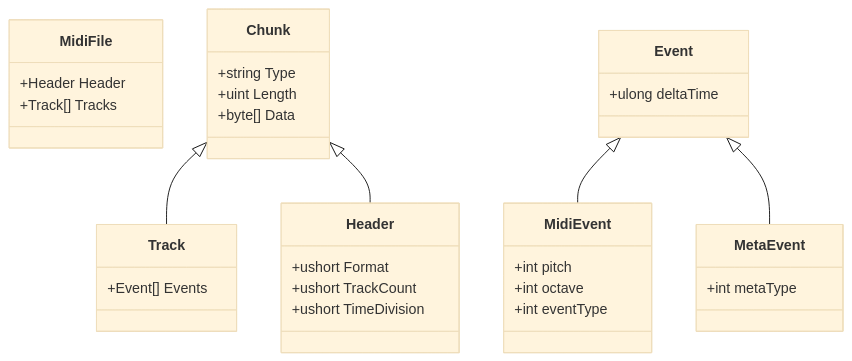
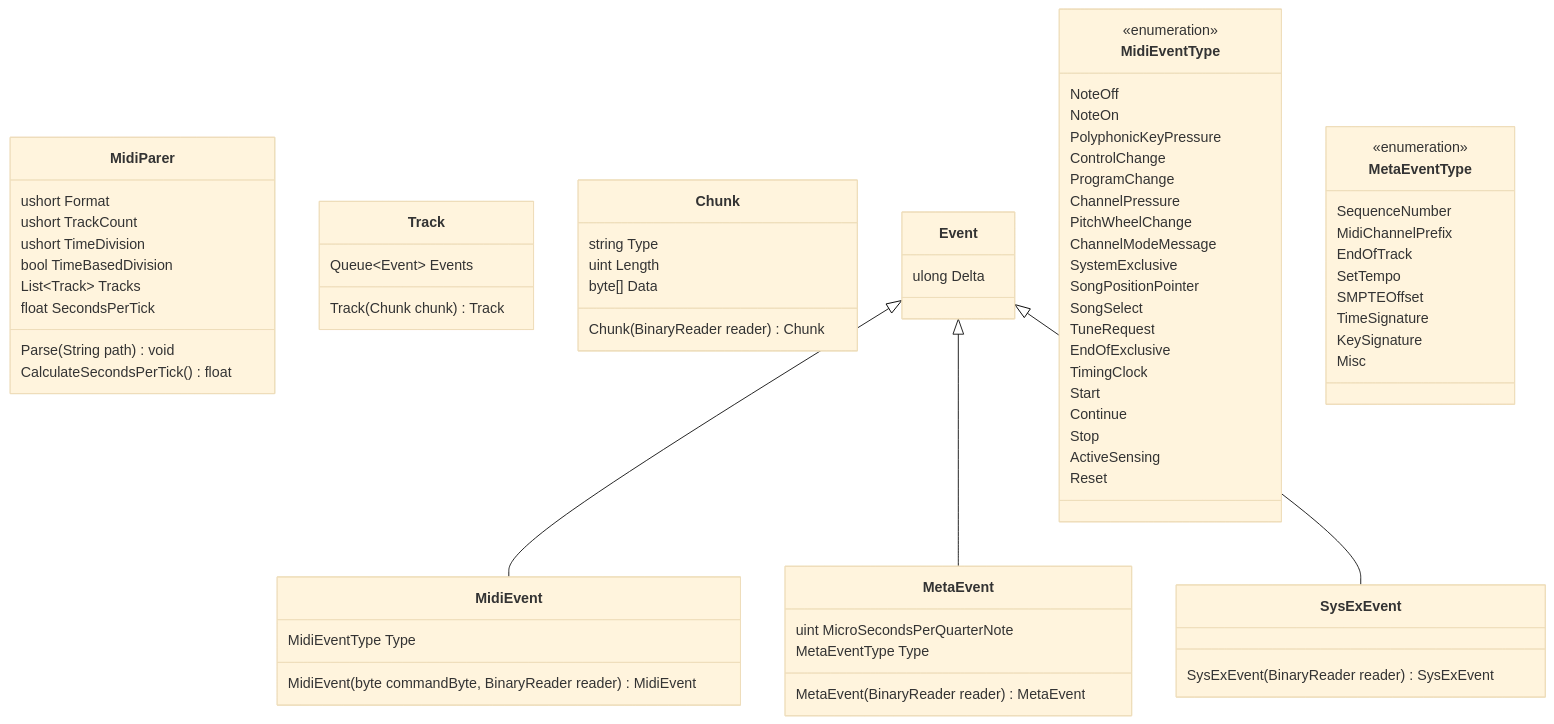
The diagram in Docs/cd.mmd (andrewmathies/Runner2020), drawn with Mermaid (base theme) before and after one commit. The commit also changed 13 other files, not shown here.

```diff
--- a/Docs/cd.mmd
+++ b/Docs/cd.mmd
@@ -1,41 +1,84 @@
 classDiagram
-    class MidiFile
-    
-    MidiFile : +Header Header
-    MidiFile : +Track[] Tracks
+    class MidiParer{
+        ushort Format
+        ushort TrackCount
+        ushort TimeDivision
+        bool TimeBasedDivision
+        List~Track~ Tracks
+        float SecondsPerTick
 
-    class Chunk{
-        +string Type
-        +uint Length
-        +byte[] Data
-    }
-
-    Chunk <|-- Track
-    Chunk <|-- Header
-
-    class Header{
-        +ushort Format
-        +ushort TrackCount
-        +ushort TimeDivision
+        Parse(String path) void
+        CalculateSecondsPerTick() float
     }
 
     class Track{
-        +Event[] Events
+        Queue~Event~ Events
+        Track(Chunk chunk) Track
+    }
+
+    class Chunk{
+        string Type
+        uint Length
+        byte[] Data
+        Chunk(BinaryReader reader) Chunk
     }
 
     Event <|-- MidiEvent
     Event <|-- MetaEvent
+    Event <|-- SysExEvent
 
     class Event{
-        +ulong deltaTime
+        ulong Delta
+    }
+
+    class MidiEventType {
+        NoteOff
+        NoteOn
+        PolyphonicKeyPressure
+        ControlChange
+        ProgramChange
+        ChannelPressure
+        PitchWheelChange
+        ChannelModeMessage
+        SystemExclusive
+        SongPositionPointer
+        SongSelect
+        TuneRequest
+        EndOfExclusive
+        TimingClock
+        Start
+        Continue
+        Stop
+        ActiveSensing
+        Reset
+    }
+
+    <<enumeration>> MidiEventType
+
+    class MetaEventType {
+        SequenceNumber
+        MidiChannelPrefix
+        EndOfTrack
+        SetTempo
+        SMPTEOffset
+        TimeSignature
+        KeySignature
+        Misc
+    }
+
+    <<enumeration>> MetaEventType
+
+    class MidiEvent{
+        MidiEventType Type
+        MidiEvent(byte commandByte, BinaryReader reader) MidiEvent
     }
 
     class MetaEvent{
-        +int metaType
+        uint MicroSecondsPerQuarterNote
+        MetaEventType Type
+        MetaEvent(BinaryReader reader) MetaEvent
     }
 
-    class MidiEvent{
-        +int pitch
-        +int octave
-        +int eventType
+    class SysExEvent {
+        SysExEvent(BinaryReader reader) SysExEvent
     }
```
